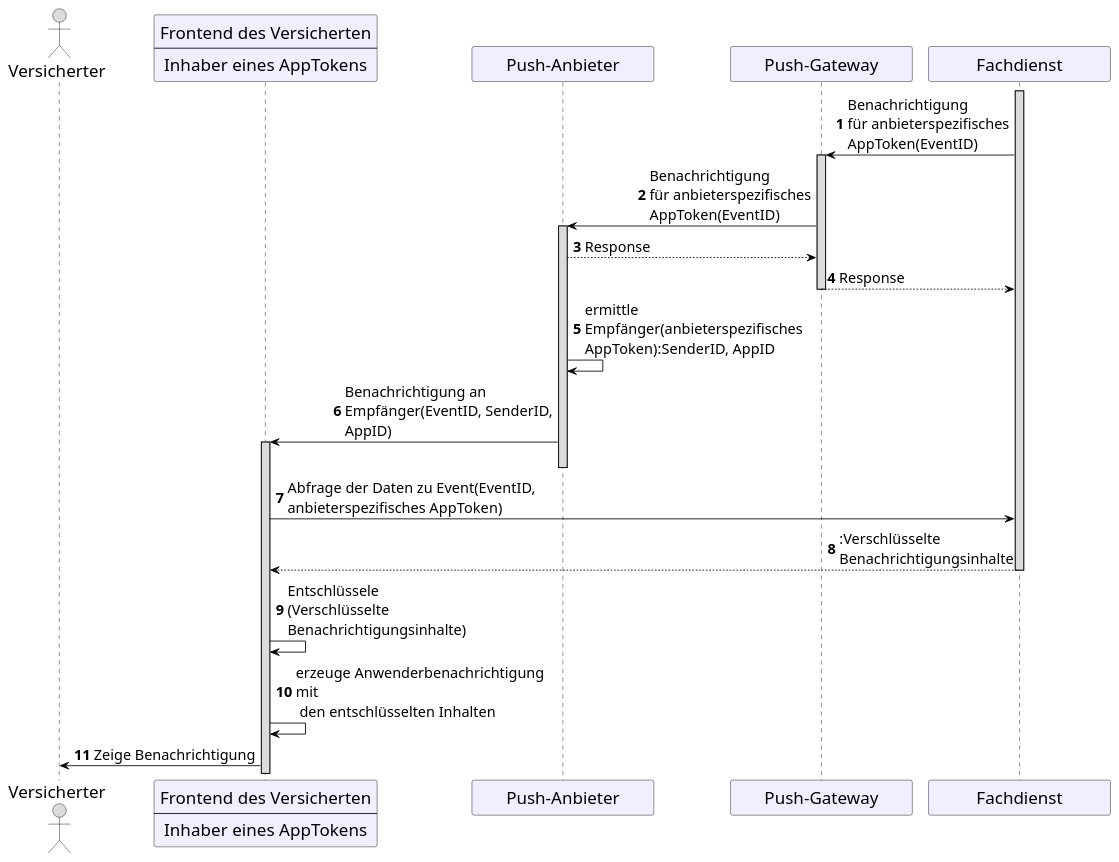
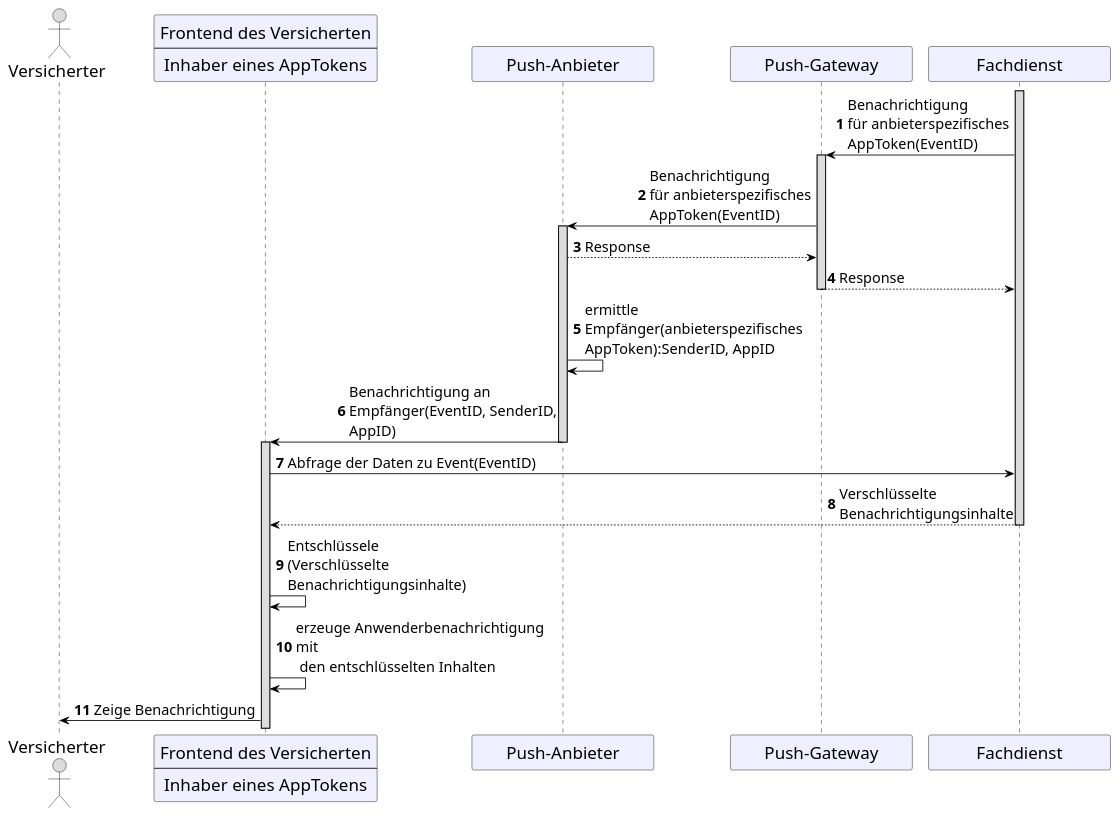
One commit to gematik/api-ti-messenger changed the diagram in src/plantuml/ePA_FDV/push_notifications_fdv_delivery.puml. Above: the diagram before and after it, drawn with PlantUML.

Commit message:
minor corrections

```diff
--- a/src/plantuml/ePA_FDV/push_notifications_fdv_delivery.puml
+++ b/src/plantuml/ePA_FDV/push_notifications_fdv_delivery.puml
@@ -1,59 +1,59 @@
 @startuml
 skinparam sequenceMessageAlign direction
 skinparam minClassWidth 200
 skinparam BoxPadding 1
 skinparam sequenceReferenceHeaderBackgroundColor palegreen
 scale max 2048 width
 skinparam maxMessageSize 300
 
 skinparam sequence {
 ArrowColor black
 ArrowFontSize 17
 ActorBorderColor black
 LifeLineBorderColor black
 LifeLineBackgroundColor Gainsboro
 
 ParticipantBorderColor Motivation
 ParticipantBackgroundColor Motivation
 ParticipantFontSize 20
 ParticipantFontColor black
 ParticipantBorderColor Black
 ParticipantBackgroundColor MOTIVATION
 
 ActorBackgroundColor Gainsboro
 ActorFontColor black
 ActorFontSize 20
 }
 
 autonumber
     
     actor v as "Versicherter"
     participant fdv [
       Frontend des Versicherten
       ----
       Inhaber eines AppTokens
     ]
     participant pa as "Push-Anbieter"
     participant pg as "Push-Gateway"
     participant fd as "Fachdienst"
 
 activate fd
 fd->pg: Benachrichtigung \nfür anbieterspezifisches AppToken(EventID)
 activate pg
 pg->pa: Benachrichtigung \nfür anbieterspezifisches AppToken(EventID)
 activate pa
 pa-->pg: Response
 pg-->fd: Response
 deactivate pg
 pa->pa: ermittle Empfänger(anbieterspezifisches AppToken):SenderID, AppID
 pa->fdv: Benachrichtigung an Empfänger(EventID, SenderID, AppID)
+deactivate pa
 activate fdv
-deactivate pa
-fdv->fd: Abfrage der Daten zu Event(EventID, anbieterspezifisches AppToken)
-fd-->fdv: :Verschlüsselte Benachrichtigungsinhalte
+fdv->fd: Abfrage der Daten zu Event(EventID)
+fd-->fdv: Verschlüsselte Benachrichtigungsinhalte
 deactivate fd
 fdv->fdv:Entschlüssele \n(Verschlüsselte Benachrichtigungsinhalte)
 fdv->fdv:erzeuge Anwenderbenachrichtigung mit\n den entschlüsselten Inhalten
 fdv->v:Zeige Benachrichtigung
 
 @enduml
```
